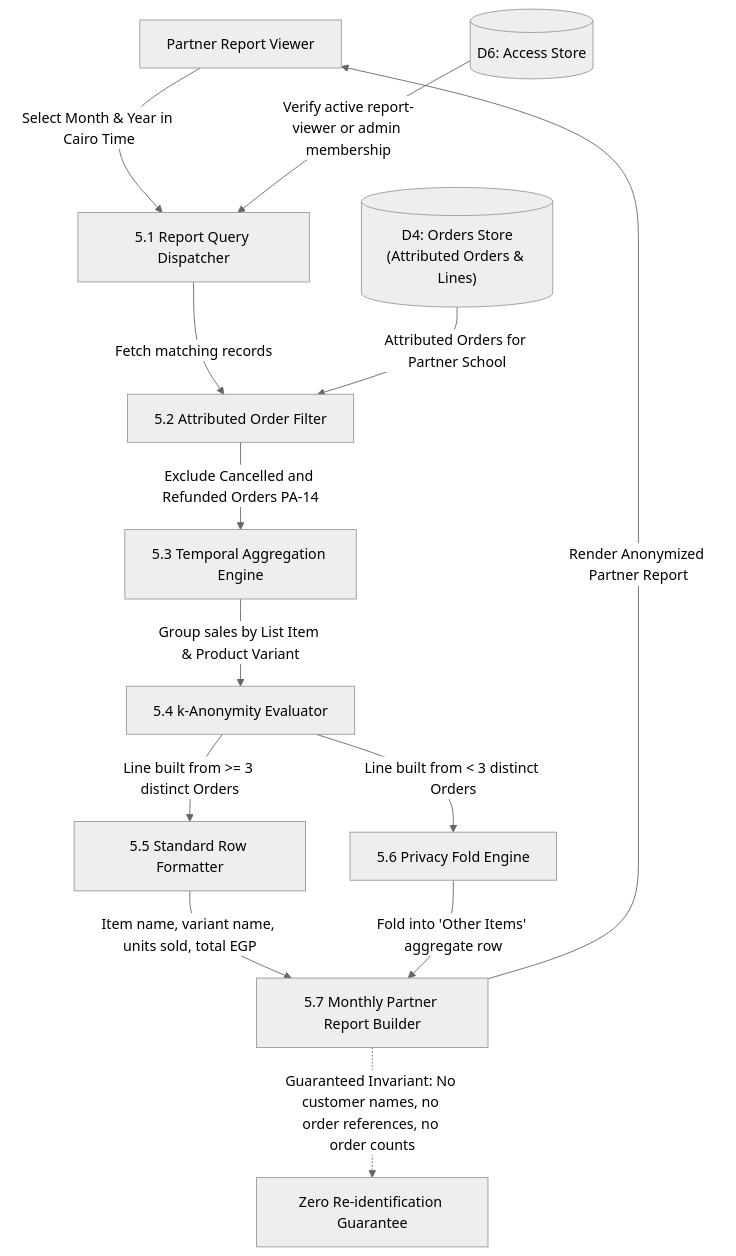
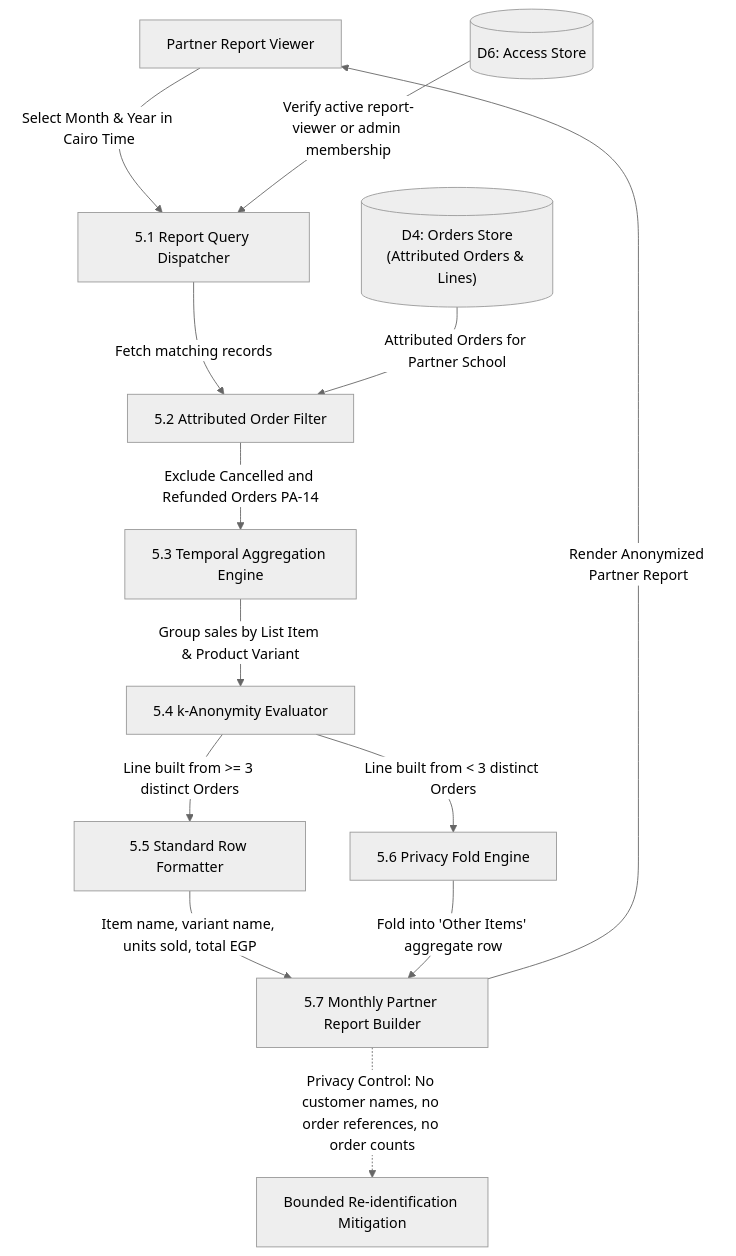
The sixth of 7 diagrams in docs/business/data-flow-diagrams.md (3mrhussein/findeg), drawn with Mermaid (neutral theme) before and after one commit.

````diff
--- a/docs/business/data-flow-diagrams.md
+++ b/docs/business/data-flow-diagrams.md
@@ -191,20 +191,20 @@
 ```mermaid
 flowchart TB
     SchoolBursar["Partner Report Viewer"] -->|Select Month & Year in Cairo Time| P5_1["5.1 Report Query Dispatcher"]
     D_Identity[("D6: Access Store")] -->|Verify active report-viewer or admin membership| P5_1
 
     P5_1 -->|Fetch matching records| P5_2["5.2 Attributed Order Filter"]
     D_Orders[("D4: Orders Store<br/>(Attributed Orders & Lines)")] -->|Attributed Orders for Partner School| P5_2
 
     P5_2 -->|Exclude Cancelled and Refunded Orders PA-14| P5_3["5.3 Temporal Aggregation Engine"]
     P5_3 -->|Group sales by List Item & Product Variant| P5_4["5.4 k-Anonymity Evaluator"]
 
     P5_4 -->|Line built from >= 3 distinct Orders| P5_5["5.5 Standard Row Formatter"]
     P5_4 -->|Line built from < 3 distinct Orders| P5_6["5.6 Privacy Fold Engine"]
 
     P5_5 -->|Item name, variant name, units sold, total EGP| P5_7["5.7 Monthly Partner Report Builder"]
     P5_6 -->|Fold into 'Other Items' aggregate row| P5_7
 
     P5_7 -->|Render Anonymized Partner Report| SchoolBursar
-    P5_7 -.->|Guaranteed Invariant: No customer names, no order references, no order counts| PrivacyAudit[Zero Re-identification Guarantee]
+    P5_7 -.->|Privacy Control: No customer names, no order references, no order counts| PrivacyAudit[Bounded Re-identification Mitigation]
 ```
````
